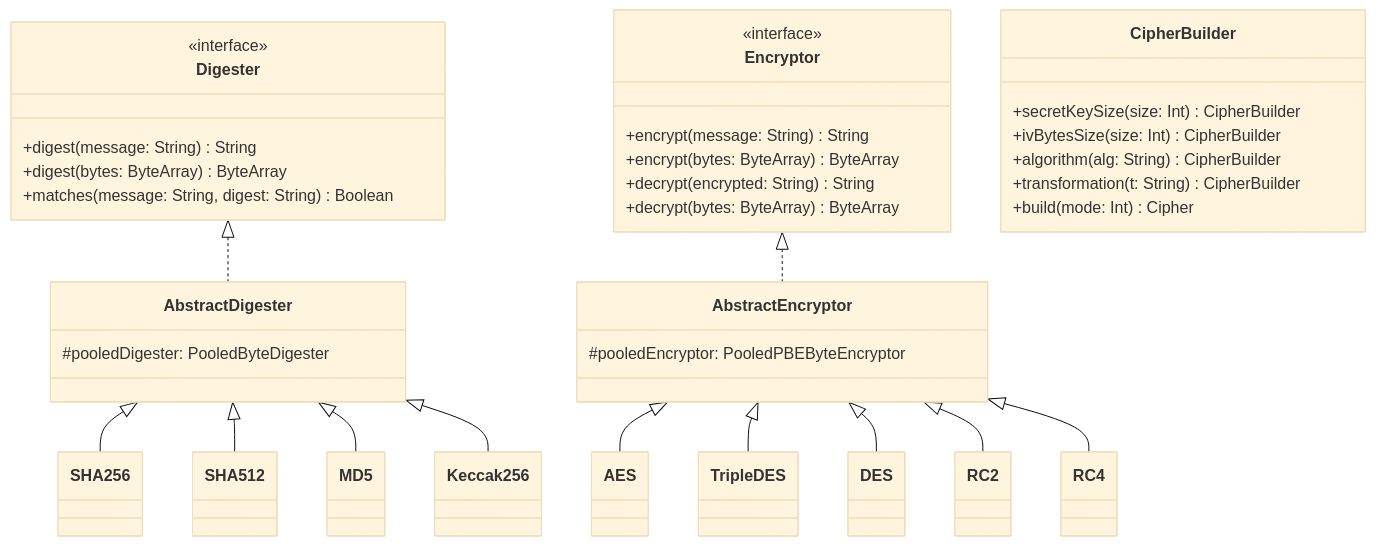
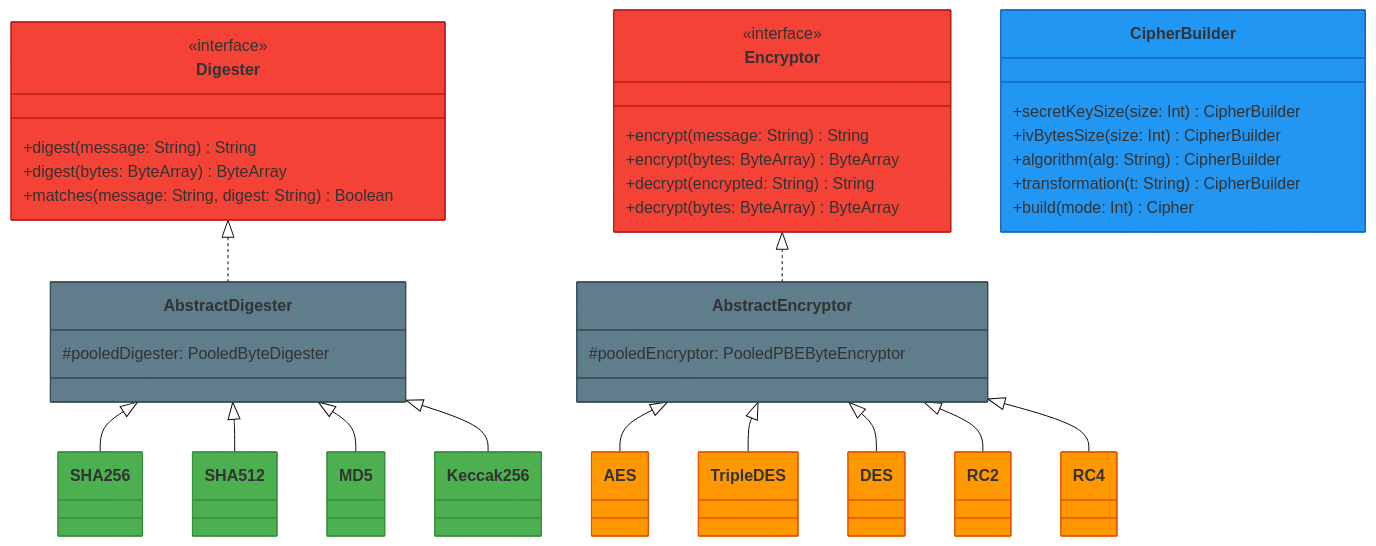
Before and after one commit to bluetape4k/bluetape4k-projects: the first of 2 diagrams in io/crypto/README.md, drawn with Mermaid (base theme). The commit also changed other lines of this file and 28 other files, not shown here.

First line of the commit message:
docs: 전체 모듈 README 색상 Mermaid UML 다이어그램 추가 완료

````diff
--- a/io/crypto/README.md
+++ b/io/crypto/README.md
@@ -137,57 +137,63 @@
 ```mermaid
 classDiagram
-    class Digester {
+    class Digester:::encryptStyle {
         <<interface>>
         +digest(message: String) String
         +digest(bytes: ByteArray) ByteArray
         +matches(message: String, digest: String) Boolean
     }
 
-    class Encryptor {
+    class Encryptor:::encryptStyle {
         <<interface>>
         +encrypt(message: String) String
         +encrypt(bytes: ByteArray) ByteArray
         +decrypt(encrypted: String) String
         +decrypt(bytes: ByteArray) ByteArray
     }
 
-    class AbstractDigester {
+    class AbstractDigester:::ioStyle {
         #pooledDigester: PooledByteDigester
     }
 
-    class AbstractEncryptor {
+    class AbstractEncryptor:::ioStyle {
         #pooledEncryptor: PooledPBEByteEncryptor
     }
 
-    class SHA256
-    class SHA512
-    class MD5
-    class Keccak256
+    class SHA256:::extensionStyle
+    class SHA512:::extensionStyle
+    class MD5:::extensionStyle
+    class Keccak256:::extensionStyle
 
-    class AES
-    class TripleDES
-    class DES
-    class RC2
-    class RC4
+    class AES:::serializerStyle
+    class TripleDES:::serializerStyle
+    class DES:::serializerStyle
+    class RC2:::serializerStyle
+    class RC4:::serializerStyle
 
-    class CipherBuilder {
+    class CipherBuilder:::codecStyle {
         +secretKeySize(size: Int) CipherBuilder
         +ivBytesSize(size: Int) CipherBuilder
         +algorithm(alg: String) CipherBuilder
         +transformation(t: String) CipherBuilder
         +build(mode: Int) Cipher
     }
 
     Digester <|.. AbstractDigester
     AbstractDigester <|-- SHA256
     AbstractDigester <|-- SHA512
     AbstractDigester <|-- MD5
     AbstractDigester <|-- Keccak256
 
     Encryptor <|.. AbstractEncryptor
     AbstractEncryptor <|-- AES
     AbstractEncryptor <|-- TripleDES
     AbstractEncryptor <|-- DES
     AbstractEncryptor <|-- RC2
     AbstractEncryptor <|-- RC4
+
+    classDef encryptStyle fill:#F44336,stroke:#B71C1C
+    classDef ioStyle fill:#607D8B,stroke:#37474F
+    classDef extensionStyle fill:#4CAF50,stroke:#388E3C
+    classDef serializerStyle fill:#FF9800,stroke:#E65100
+    classDef codecStyle fill:#2196F3,stroke:#1565C0
 ```
````
